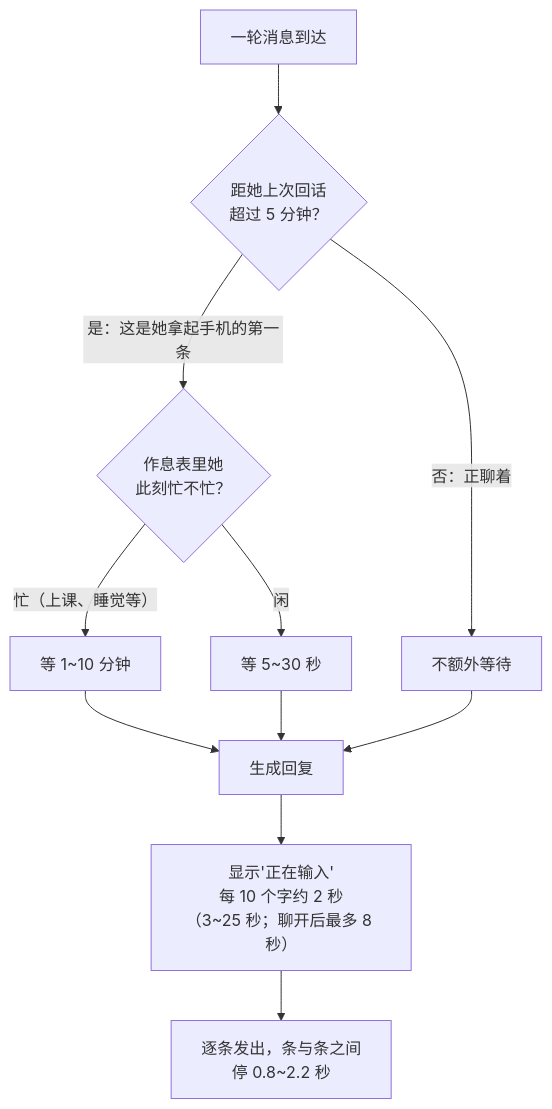
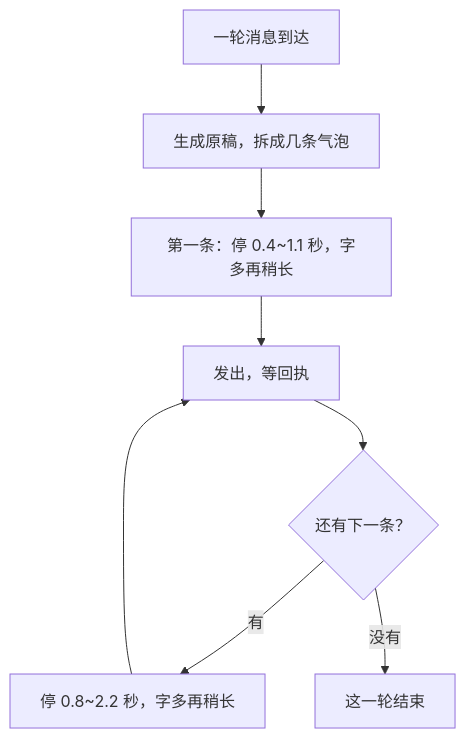
One commit to xinghefumeng0717/qq-companion-bot changed the third of 10 diagrams in docs/ARCHITECTURE.md. Above: the diagram before and after it, drawn with Mermaid. The commit also changed other lines of this file and 11 other files, not shown here.

````diff
--- a/docs/ARCHITECTURE.md
+++ b/docs/ARCHITECTURE.md
@@ -115,13 +116,10 @@
 ```mermaid
 flowchart TD
-    A["一轮消息到达"] --> B{"距她上次回话<br/>超过 5 分钟？"}
-    B -- "否：正聊着" --> E["不额外等待"]
-    B -- "是：这是她拿起手机的第一条" --> C{"作息表里她<br/>此刻忙不忙？"}
-    C -- "忙（上课、睡觉等）" --> D1["等 1~10 分钟"]
-    C -- "闲" --> D2["等 5~30 秒"]
-    D1 --> F["生成回复"]
-    D2 --> F
-    E --> F
-    F --> G["显示'正在输入'<br/>每 10 个字约 2 秒<br/>（3~25 秒；聊开后最多 8 秒）"]
-    G --> H["逐条发出，条与条之间<br/>停 0.8~2.2 秒"]
+    A["一轮消息到达"] --> B["生成原稿，拆成几条气泡"]
+    B --> C["第一条：停 0.4~1.1 秒，字多再稍长"]
+    C --> D["发出，等回执"]
+    D --> E{"还有下一条？"}
+    E -- "有" --> F["停 0.8~2.2 秒，字多再稍长"]
+    F --> D
+    E -- "没有" --> G["这一轮结束"]
 ```
````
